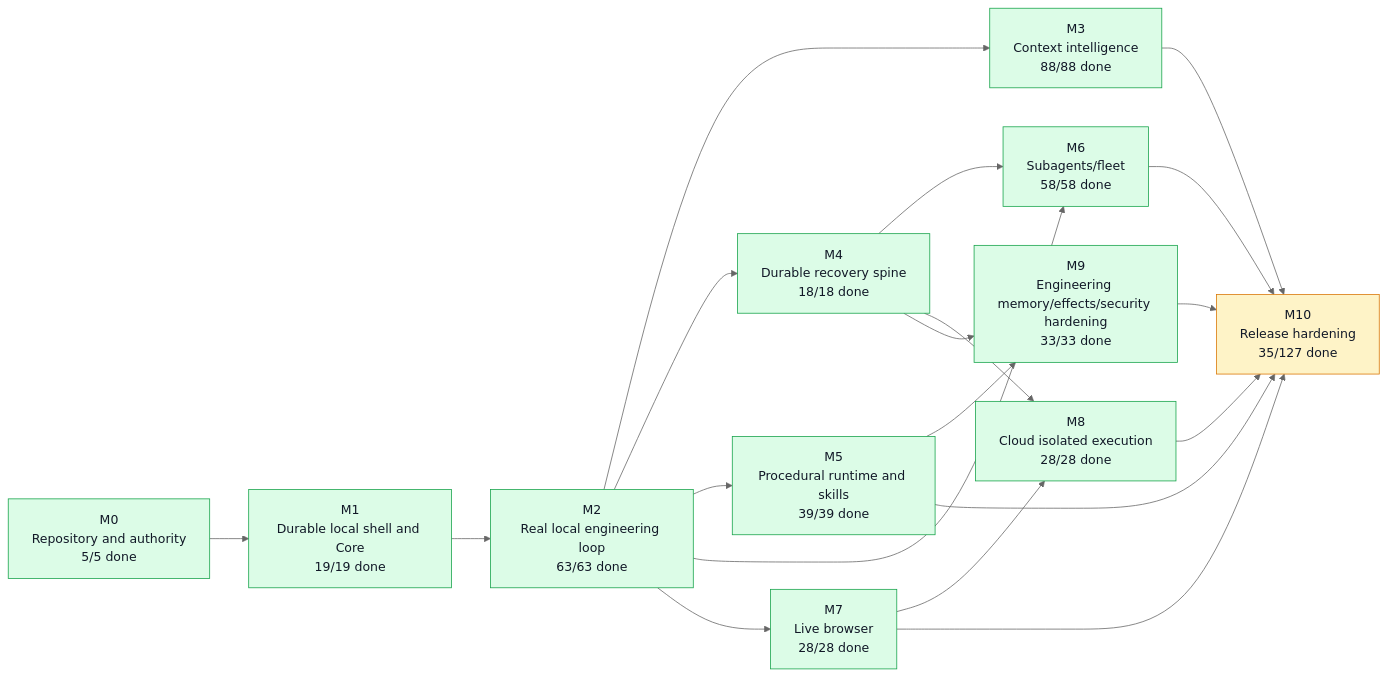
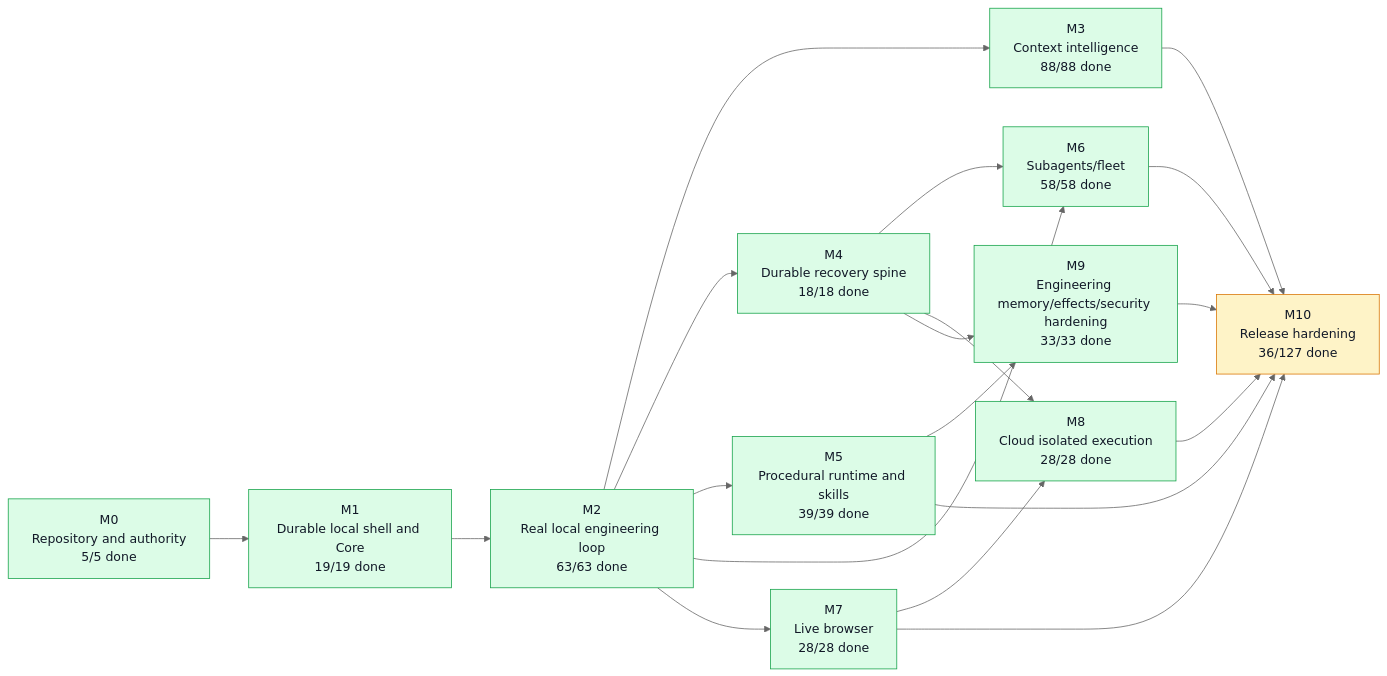
One commit to moss101/modbit changed the first of 5 diagrams in graph/PROJECT_GRAPH.md. Above: the diagram before and after it, drawn with Mermaid (neutral theme). The commit also changed other lines of this file and 9 other files, not shown here.

````diff
--- a/graph/PROJECT_GRAPH.md
+++ b/graph/PROJECT_GRAPH.md
@@ -57,43 +57,43 @@
 ```mermaid
 flowchart LR
   M0["M0<br/>Repository and authority<br/>5/5 done"]
   M1["M1<br/>Durable local shell and Core<br/>19/19 done"]
   M2["M2<br/>Real local engineering loop<br/>63/63 done"]
   M3["M3<br/>Context intelligence<br/>88/88 done"]
   M4["M4<br/>Durable recovery spine<br/>18/18 done"]
   M5["M5<br/>Procedural runtime and skills<br/>39/39 done"]
   M6["M6<br/>Subagents/fleet<br/>58/58 done"]
   M7["M7<br/>Live browser<br/>28/28 done"]
   M8["M8<br/>Cloud isolated execution<br/>28/28 done"]
   M9["M9<br/>Engineering memory/effects/security hardening<br/>33/33 done"]
-  M10["M10<br/>Release hardening<br/>35/127 done"]
+  M10["M10<br/>Release hardening<br/>36/127 done"]
   M0 --> M1
   M1 --> M2
   M2 --> M3
   M2 --> M4
   M2 --> M5
   M2 --> M6
   M4 --> M6
   M2 --> M7
   M4 --> M8
   M7 --> M8
   M4 --> M9
   M5 --> M9
   M3 --> M10
   M5 --> M10
   M6 --> M10
   M7 --> M10
   M8 --> M10
   M9 --> M10
   style M0 fill:#dcfce7,stroke:#16a34a,color:#111827
   style M1 fill:#dcfce7,stroke:#16a34a,color:#111827
   style M2 fill:#dcfce7,stroke:#16a34a,color:#111827
   style M3 fill:#dcfce7,stroke:#16a34a,color:#111827
   style M4 fill:#dcfce7,stroke:#16a34a,color:#111827
   style M5 fill:#dcfce7,stroke:#16a34a,color:#111827
   style M6 fill:#dcfce7,stroke:#16a34a,color:#111827
   style M7 fill:#dcfce7,stroke:#16a34a,color:#111827
   style M8 fill:#dcfce7,stroke:#16a34a,color:#111827
   style M9 fill:#dcfce7,stroke:#16a34a,color:#111827
   style M10 fill:#fef3c7,stroke:#d97706,color:#111827
 ```
````
